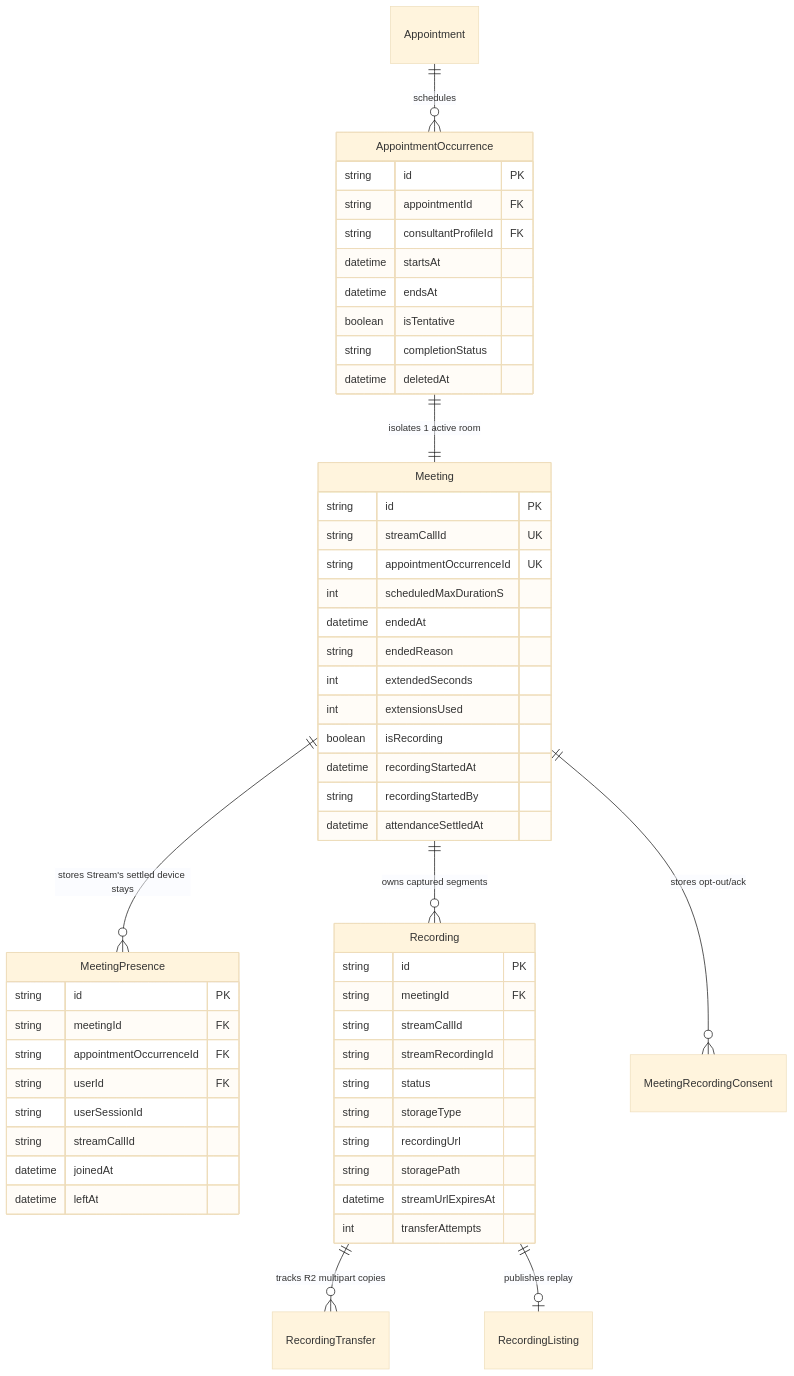
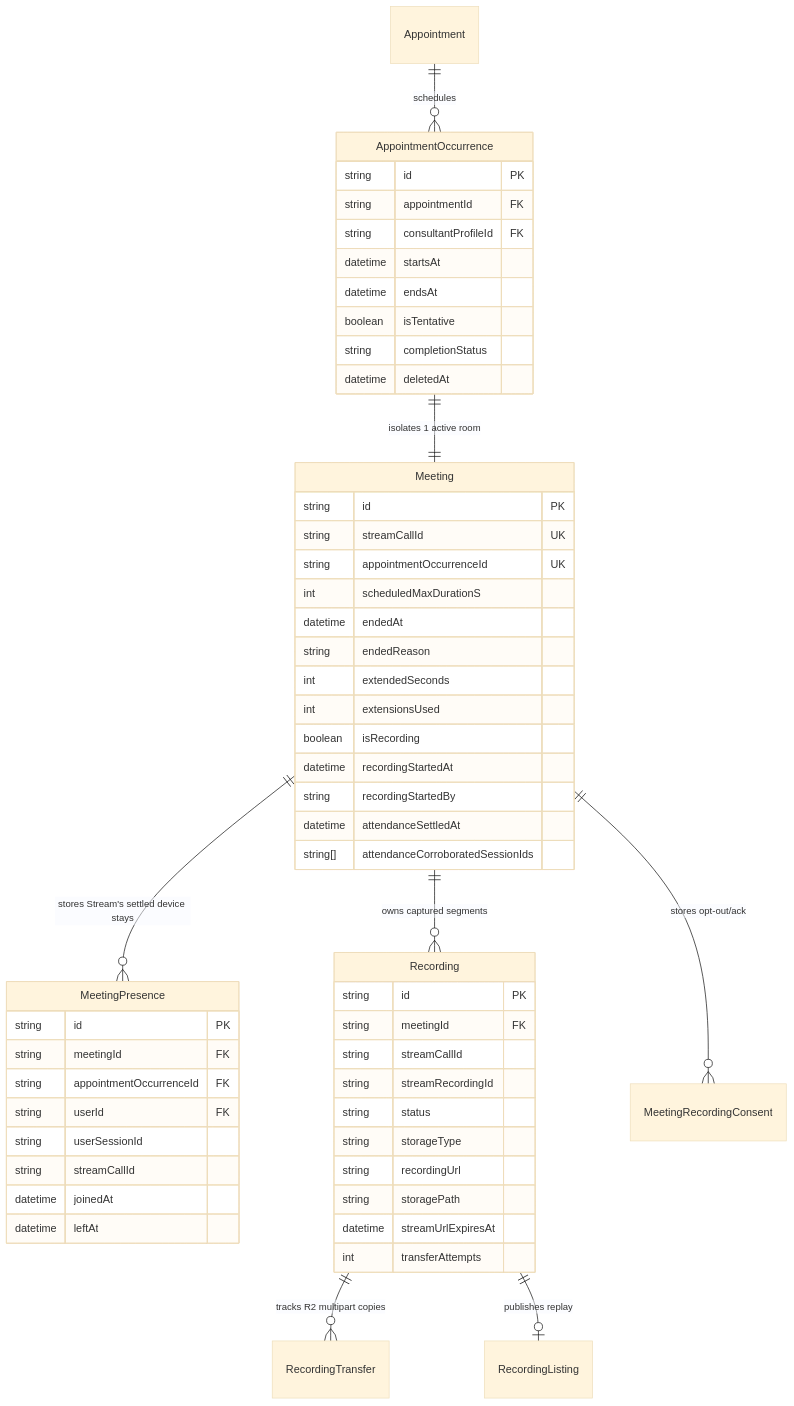
The second of 2 diagrams in docs/stream/01-architecture.md (Practitionist/familiarise_web), drawn with Mermaid (base theme) before and after one commit. The commit also changed other lines of this file and 17 other files, not shown here.

````diff
--- a/docs/stream/01-architecture.md
+++ b/docs/stream/01-architecture.md
@@ -114,60 +114,61 @@
 ```mermaid
 erDiagram
     Appointment ||--o{ AppointmentOccurrence : "schedules"
     AppointmentOccurrence ||--|| Meeting : "isolates 1 active room"
     Meeting ||--o{ MeetingPresence : "stores Stream's settled device stays"
     Meeting ||--o{ Recording : "owns captured segments"
     Meeting ||--o{ MeetingRecordingConsent : "stores opt-out/ack"
     Recording ||--o{ RecordingTransfer : "tracks R2 multipart copies"
     Recording ||--o| RecordingListing : "publishes replay"
 
     AppointmentOccurrence {
         string id PK
         string appointmentId FK
         string consultantProfileId FK
         datetime startsAt
         datetime endsAt
         boolean isTentative
         string completionStatus
         datetime deletedAt
     }
 
     Meeting {
         string id PK
         string streamCallId UK
         string appointmentOccurrenceId UK
         int scheduledMaxDurationS
         datetime endedAt
         string endedReason
         int extendedSeconds
         int extensionsUsed
         boolean isRecording
         datetime recordingStartedAt
         string recordingStartedBy
         datetime attendanceSettledAt
+        string[] attendanceCorroboratedSessionIds
     }
 
     MeetingPresence {
         string id PK
         string meetingId FK
         string appointmentOccurrenceId FK
         string userId FK
         string userSessionId
         string streamCallId
         datetime joinedAt
         datetime leftAt
     }
 
     Recording {
         string id PK
         string meetingId FK
         string streamCallId
         string streamRecordingId
         string status
         string storageType
         string recordingUrl
         string storagePath
         datetime streamUrlExpiresAt
         int transferAttempts
     }
 ```
````
